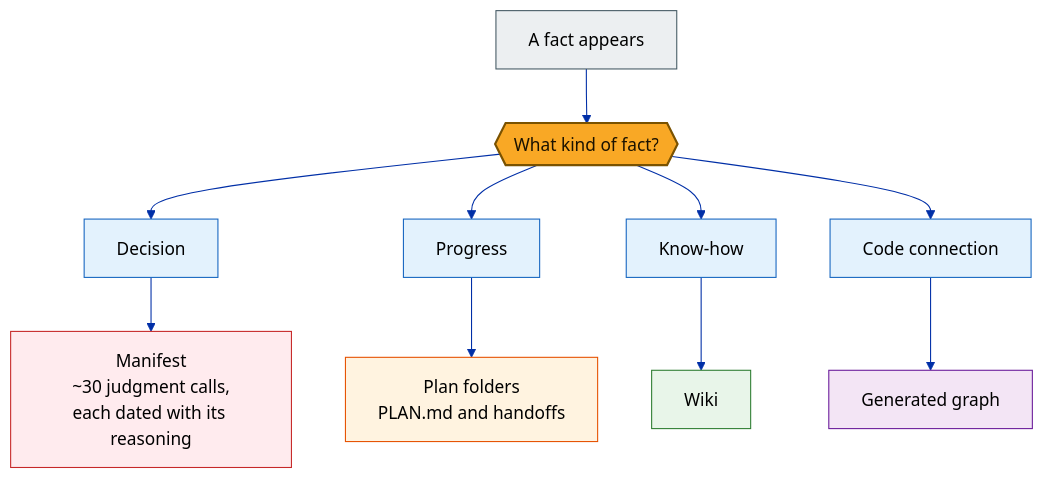
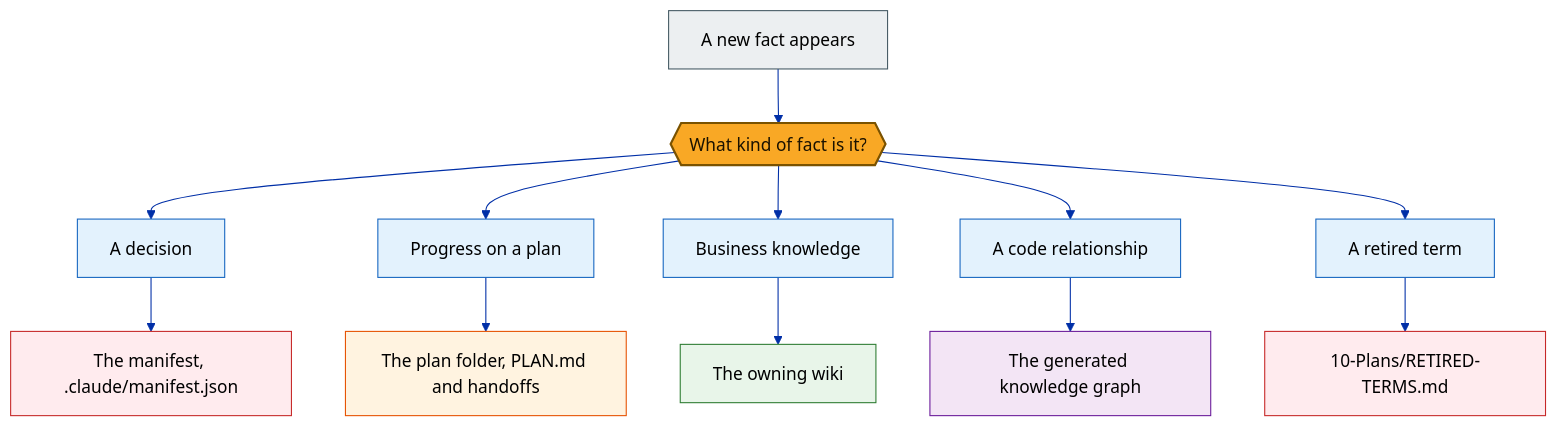
The diagram in diagrams/op-one-fact.mmd (mmentzerhernandez/global_experience), drawn with Mermaid before and after one commit. The commit also changed 30 other files, not shown here.

```diff
--- a/diagrams/op-one-fact.mmd
+++ b/diagrams/op-one-fact.mmd
@@ -1,38 +1,40 @@
 ---
 config:
   theme: base
   themeVariables:
     primaryColor: "#f0f3ff"
     primaryBorderColor: "#002fa7"
     primaryTextColor: "#2c3e50"
     lineColor: "#002fa7"
     fontFamily: "-apple-system,BlinkMacSystemFont,Segoe UI,Roboto,sans-serif"
 ---
 flowchart TD
-    FACT["A fact appears"]:::people
-    KIND{{"What kind of fact?"}}:::gate
+    FACT["A new fact appears"]:::people
+    KIND{{"What kind of fact is it?"}}:::gate
 
-    D["Decision"]:::access
-    P["Progress"]:::access
-    K["Know-how"]:::access
-    C["Code connection"]:::access
+    D["A decision"]:::access
+    P["Progress on a plan"]:::access
+    K["Business knowledge"]:::access
+    C["A code relationship"]:::access
+    R["A retired term"]:::access
 
-    DM["Manifest<br/>~30 judgment calls,<br/>each dated with its reasoning"]:::report
-    PM["Plan folders<br/>PLAN.md and handoffs"]:::enforce
-    KM["Wiki"]:::course
-    CM["Generated graph"]:::sweep
-
+    DM["The manifest, .claude/manifest.json"]:::report
+    PM["The plan folder, PLAN.md and handoffs"]:::enforce
+    KM["The owning wiki"]:::course
+    CM["The generated knowledge graph"]:::sweep
+    RM["10-Plans/RETIRED-TERMS.md"]:::report
 
     FACT --> KIND
     KIND --> D --> DM
     KIND --> P --> PM
     KIND --> K --> KM
     KIND --> C --> CM
+    KIND --> R --> RM
 
     classDef people fill:#ECEFF1,stroke:#455A64,color:#000000
     classDef access fill:#E3F2FD,stroke:#1565C0,color:#000000
     classDef course fill:#E8F5E9,stroke:#2E7D32,color:#000000
     classDef enforce fill:#FFF3E0,stroke:#E65100,color:#000000
     classDef report fill:#FFEBEE,stroke:#C62828,color:#000000
     classDef sweep fill:#F3E5F5,stroke:#6A1B9A,color:#000000
     classDef gate fill:#F9A825,stroke:#7A5200,color:#1A1200,stroke-width:2px
```
